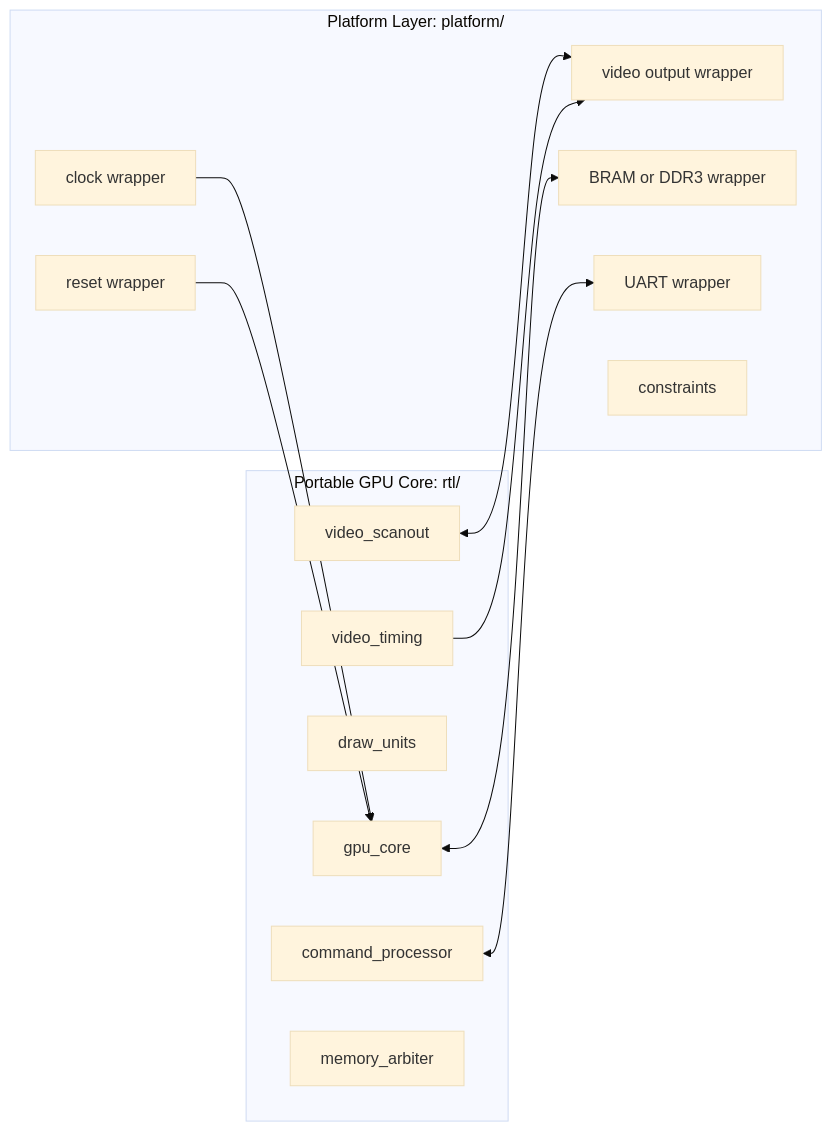
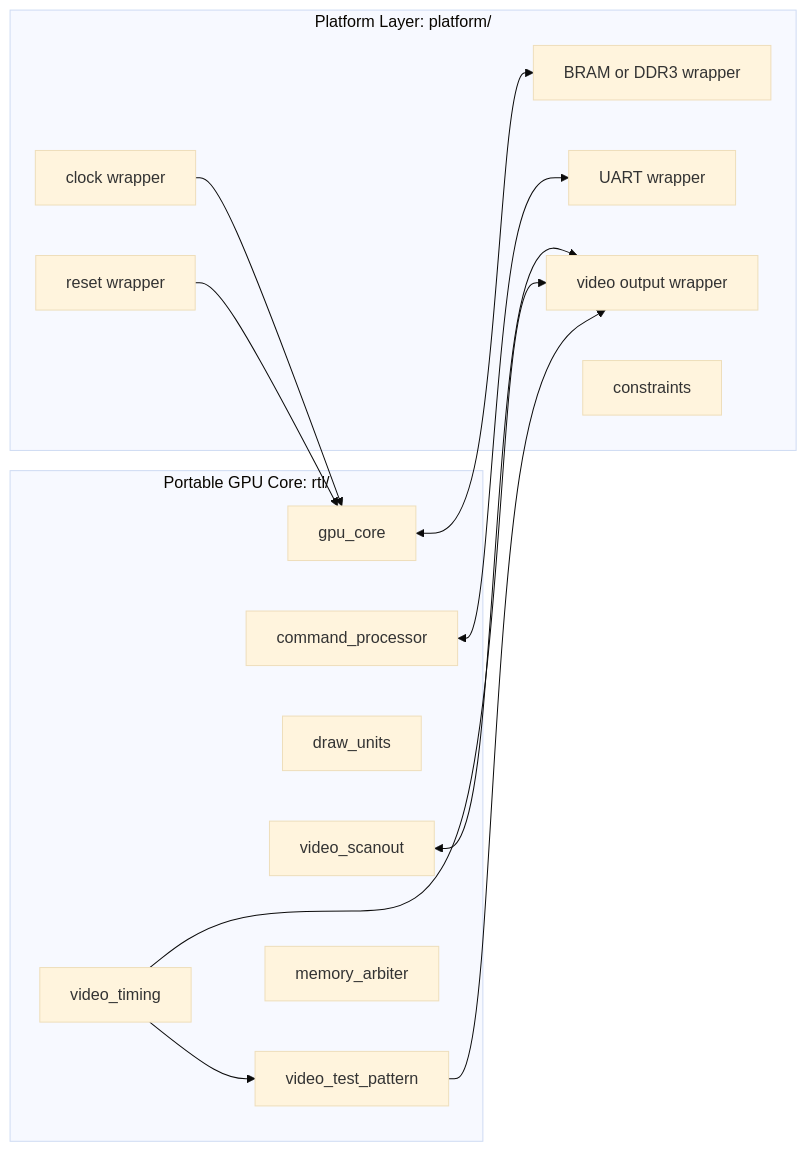
The diagram in docs/architecture/design_boundaries.md (amanpdesai/baby-gpu), drawn with Mermaid (base theme) before and after one commit. The commit also changed 10 other files, not shown here.

Commit message:
rtl: add video test pattern generator

````diff
--- a/docs/architecture/design_boundaries.md
+++ b/docs/architecture/design_boundaries.md
@@ -8,27 +8,30 @@
 ```mermaid
 flowchart LR
   subgraph Portable["Portable GPU Core: rtl/"]
     Core[gpu_core]
     Cmd[command_processor]
     Draw[draw_units]
     Scan[video_scanout]
     Timing[video_timing]
+    Pattern[video_test_pattern]
     Arb[memory_arbiter]
   end
 
   subgraph Platform["Platform Layer: platform/"]
     Clk[clock wrapper]
     Rst[reset wrapper]
     Vid[video output wrapper]
     Mem[BRAM or DDR3 wrapper]
     Uart[UART wrapper]
     Pins[constraints]
   end
 
   Core <--> Mem
   Scan <--> Vid
   Timing --> Vid
+  Timing --> Pattern
+  Pattern --> Vid
   Cmd <--> Uart
   Clk --> Core
   Rst --> Core
 ```
````
